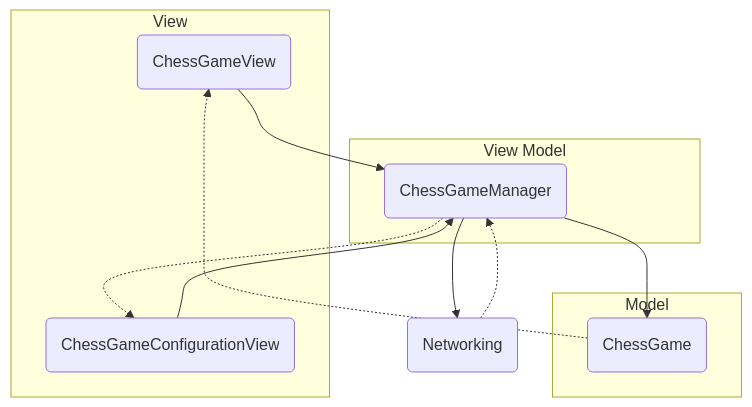
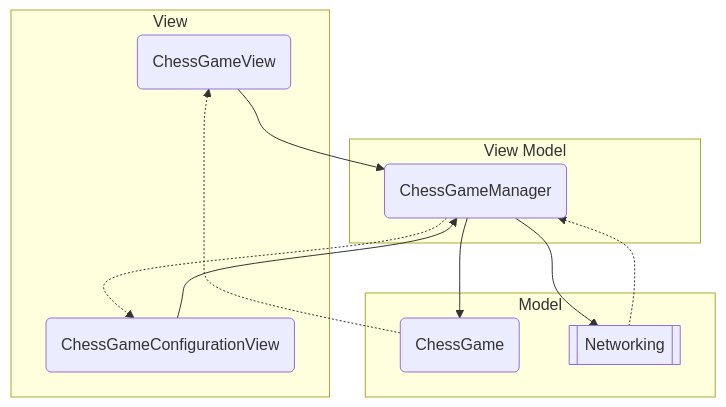
Before and after one commit to liang2kl/2021-Summer-Programming-Chess: the third of 4 diagrams in README.md, drawn with Mermaid. The commit also changed other lines of this file, not shown here.

````diff
--- a/README.md
+++ b/README.md
@@ -31,32 +51,33 @@
 ```mermaid
 flowchart TD
 
 gamev(ChessGameView)
 configv(ChessGameConfigurationView)
 
 manager(ChessGameManager)
 game(ChessGame)
 
+net[[Networking]]
+
 subgraph v [View]
 	gamev
 	configv
 end
 
 subgraph m [Model]
 	game
+	net
 end
 
 subgraph vm [View Model]
 	manager
 end
-
-net(Networking)
 
 gamev --> manager
 manager --> game
 game -.-> gamev
 configv --> manager
 manager -.-> configv
 manager --> net
 net -.-> manager
 ```
````
